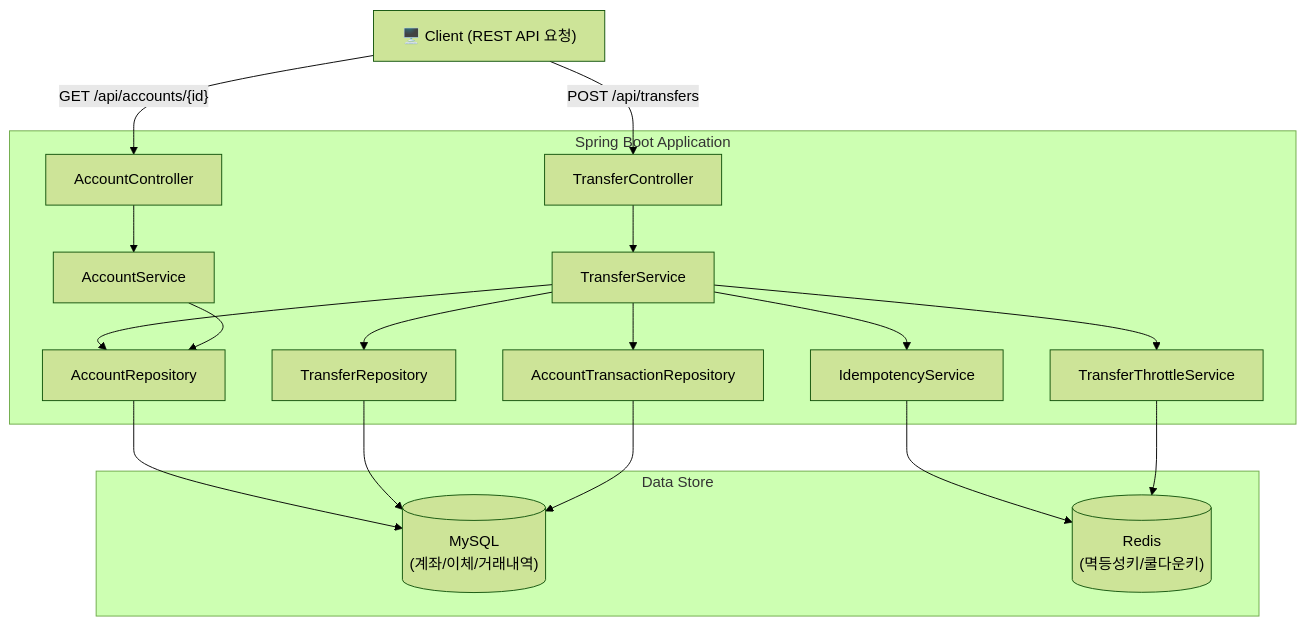
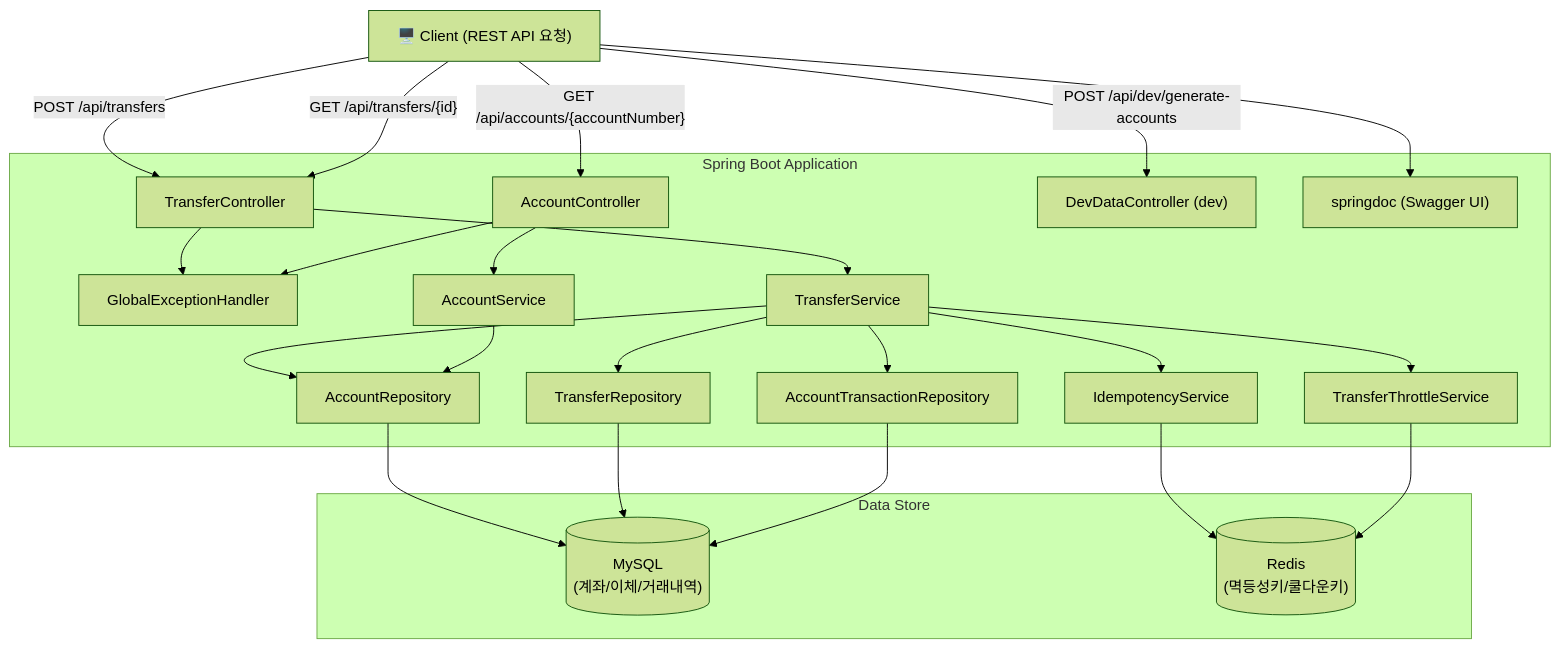
Before and after one commit to Pray-T/BankTransferSys_Backend_Restful: the first of 3 diagrams in README.md, drawn with Mermaid (forest theme). The commit also changed other lines of this file, not shown here.

````diff
--- a/README.md
+++ b/README.md
@@ -14,35 +92,43 @@
 ```mermaid
 graph TB
     Client["🖥️ Client (REST API 요청)"]
-    
+
     subgraph SpringBoot["Spring Boot Application"]
         TC["TransferController"]
         AC["AccountController"]
+        DC["DevDataController (dev)"]
+        GEH["GlobalExceptionHandler"]
         TS["TransferService"]
         AS["AccountService"]
         IS["IdempotencyService"]
         TTS["TransferThrottleService"]
         AR["AccountRepository"]
         TR["TransferRepository"]
         ATR["AccountTransactionRepository"]
+        DOC["springdoc (Swagger UI)"]
     end
     subgraph DataStore["Data Store"]
         MySQL[("MySQL\n(계좌/이체/거래내역)")]
         Redis[("Redis\n(멱등성키/쿨다운키)")]
     end
     Client -->|"POST /api/transfers"| TC
-    Client -->|"GET /api/accounts/{id}"| AC
+    Client -->|"GET /api/transfers/{id}"| TC
+    Client -->|"GET /api/accounts/{accountNumber}"| AC
+    Client -->|"POST /api/dev/generate-accounts"| DC
+    Client --> DOC
     TC --> TS
     AC --> AS
     TS --> IS
     TS --> TTS
     TS --> AR
     TS --> TR
     TS --> ATR
     AS --> AR
     IS --> Redis
     TTS --> Redis
     AR --> MySQL
     TR --> MySQL
     ATR --> MySQL
+    TC --> GEH
+    AC --> GEH
 ```
````
